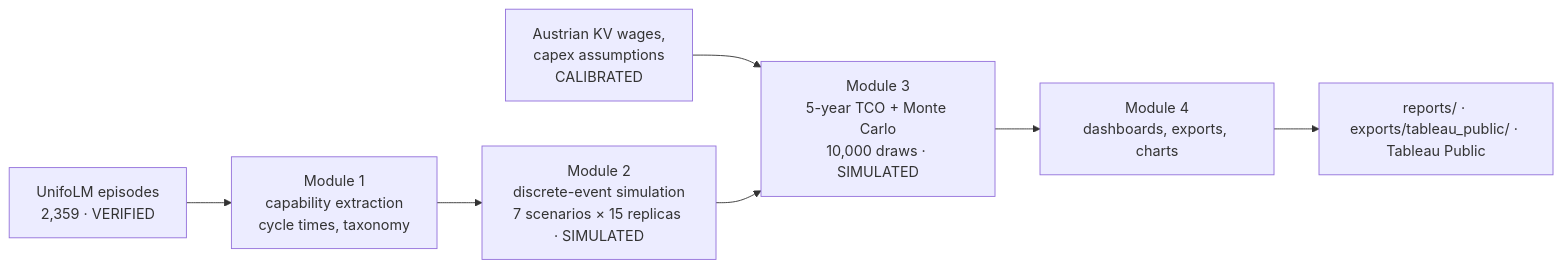
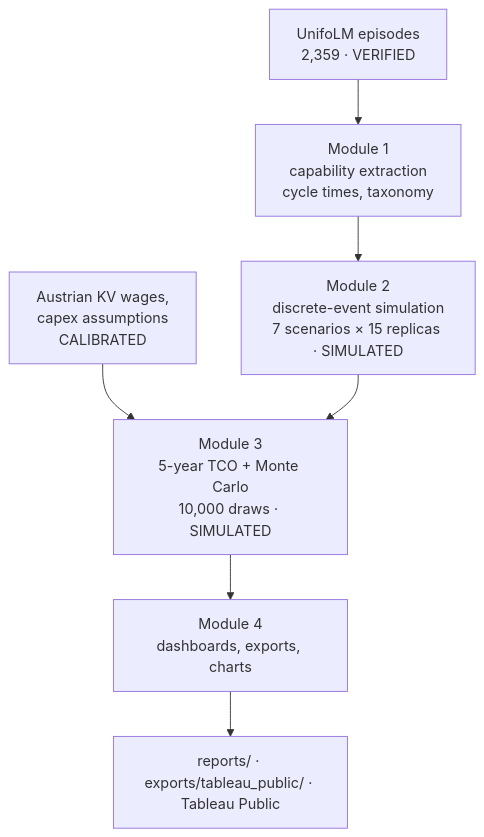
One commit to RafaelBraga-Kribitz/warehouse_humanoid_tco changed the diagram in README.md. Above: the diagram before and after it, drawn with Mermaid.

Commit message:
README: render the architecture diagram top-down so it fits GitHub's column
GitHub renders a Mermaid block in a fixed-width box inside the README column: 783px at
a 1240px viewport, 838px at its widest, 309px on a phone. A wider graph is not clipped,
it is shrunk, and the node labels shrink with it.

Measured with Mermaid 11 at 783px: this diagram is 1698px in LR (scale 0.46) and 523px in
TD (full size). Direction is the only change — no node, edge, label or link is touched.

TD is not universally narrower: it runs the flow vertically but lays sibling subgraphs
out side by side, so a graph with several parallel subgraphs can be wider in TD than in
LR. This one was measured both ways.

````diff
--- a/README.md
+++ b/README.md
@@ -97,9 +97,9 @@
 ```mermaid
-flowchart LR
+flowchart TD
     U["UnifoLM episodes<br/>2,359 · VERIFIED"] --> M1["Module 1<br/>capability extraction<br/>cycle times, taxonomy"]
     KV["Austrian KV wages,<br/>capex assumptions<br/>CALIBRATED"] --> M3
     M1 --> M2["Module 2<br/>discrete-event simulation<br/>7 scenarios × 15 replicas · SIMULATED"]
     M2 --> M3["Module 3<br/>5-year TCO + Monte Carlo<br/>10,000 draws · SIMULATED"]
     M3 --> M4["Module 4<br/>dashboards, exports, charts"]
     M4 --> R["reports/ · exports/tableau_public/ · Tableau Public"]
 ```
````
